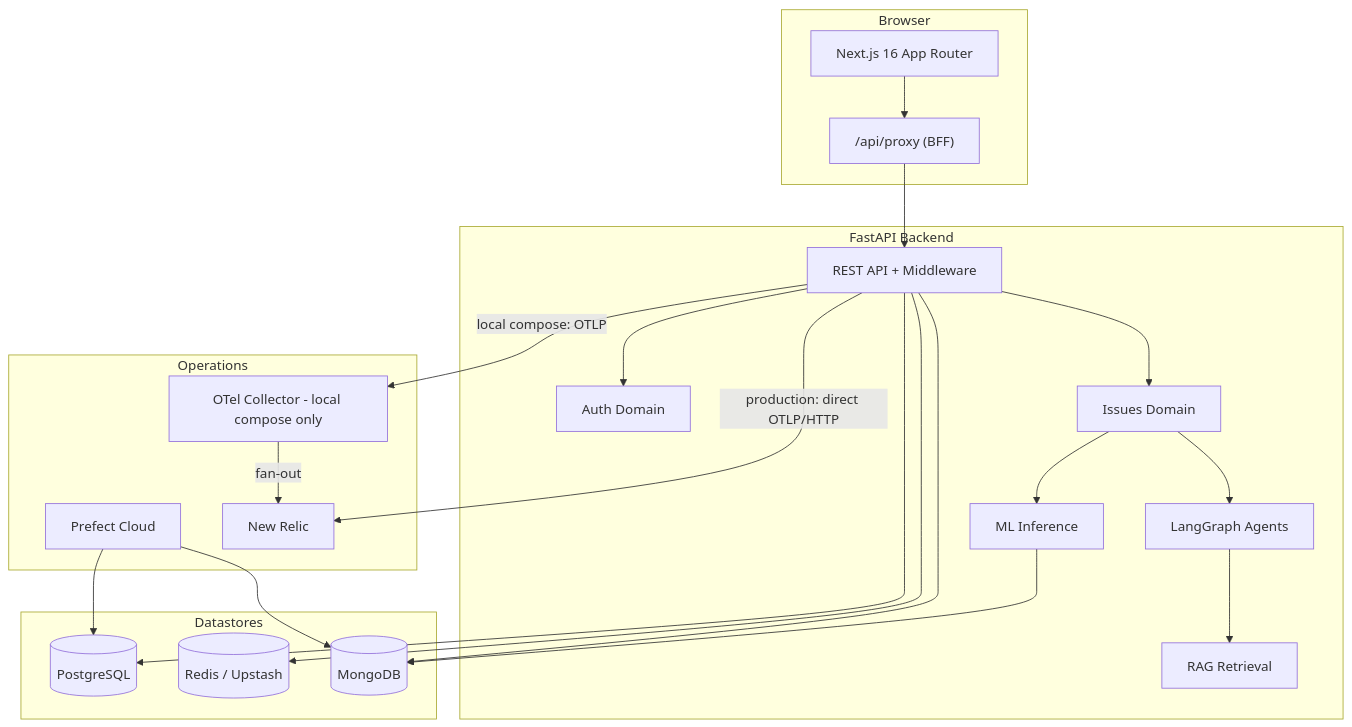
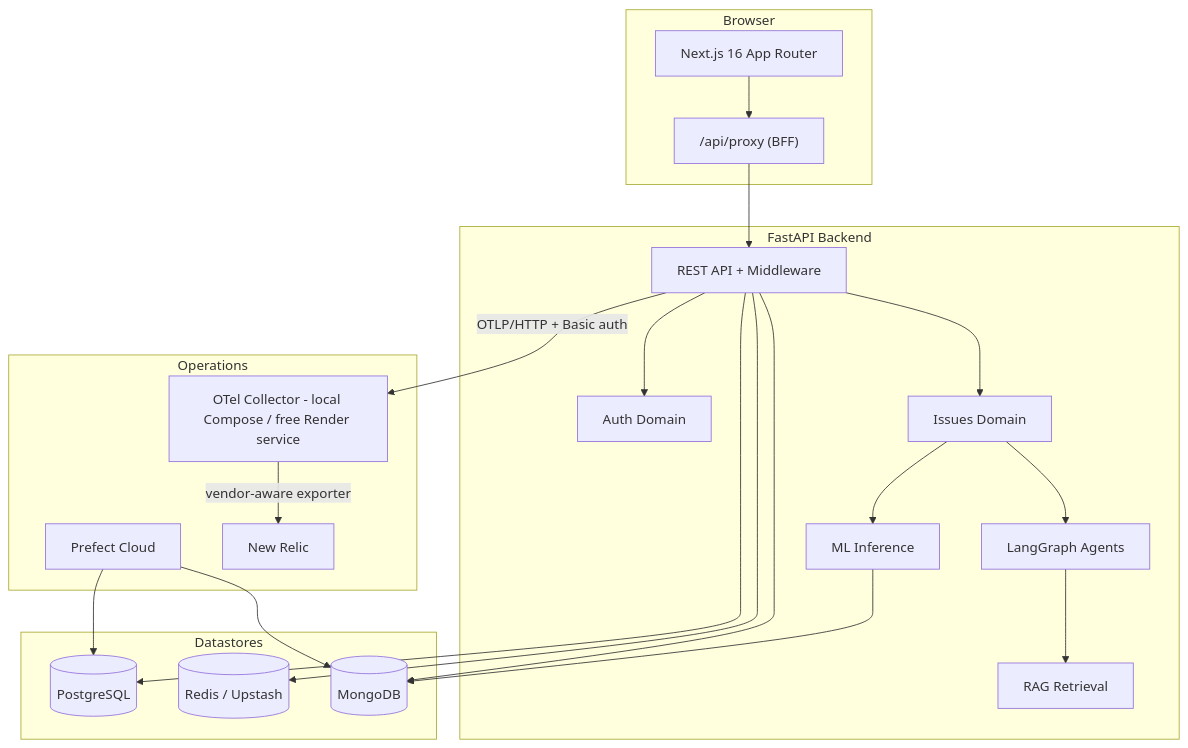
Before and after one commit to BORUTOUZUMAKI07/ai-civic-issue-monitoring: the first of 8 diagrams in README.md, drawn with Mermaid. The commit also changed other lines of this file and 21 other files, not shown here.

Commit message:
chore: route production OTLP through a dedicated Render collector

````diff
--- a/README.md
+++ b/README.md
@@ -25,45 +25,44 @@
 ```mermaid
 flowchart TB
     subgraph Client["Browser"]
         FE[Next.js 16 App Router]
         Proxy["/api/proxy (BFF)"]
     end
 
     subgraph Backend["FastAPI Backend"]
         API[REST API + Middleware]
         Auth[Auth Domain]
         Issues[Issues Domain]
         ML[ML Inference]
         Agents[LangGraph Agents]
         RAG[RAG Retrieval]
     end
 
     subgraph Data["Datastores"]
         PG[(PostgreSQL)]
         Redis[(Redis / Upstash)]
         Mongo[(MongoDB)]
     end
 
     subgraph Ops["Operations"]
         Prefect[Prefect Cloud]
-        OTEL[OTel Collector - local compose only]
+        OTEL[OTel Collector - local Compose / free Render service]
         NR[New Relic]
     end
 
     FE --> Proxy
     Proxy --> API
     API --> Auth
     API --> Issues
     Issues --> ML
     Issues --> Agents
     Agents --> RAG
     API --> PG
     API --> Redis
     API --> Mongo
     ML --> Mongo
     Prefect --> PG
     Prefect --> Mongo
-    API -->|production: direct OTLP/HTTP| NR
-    API -->|local compose: OTLP| OTEL
-    OTEL -->|fan-out| NR
+    API -->|OTLP/HTTP + Basic auth| OTEL
+    OTEL -->|vendor-aware exporter| NR
 ```
````
